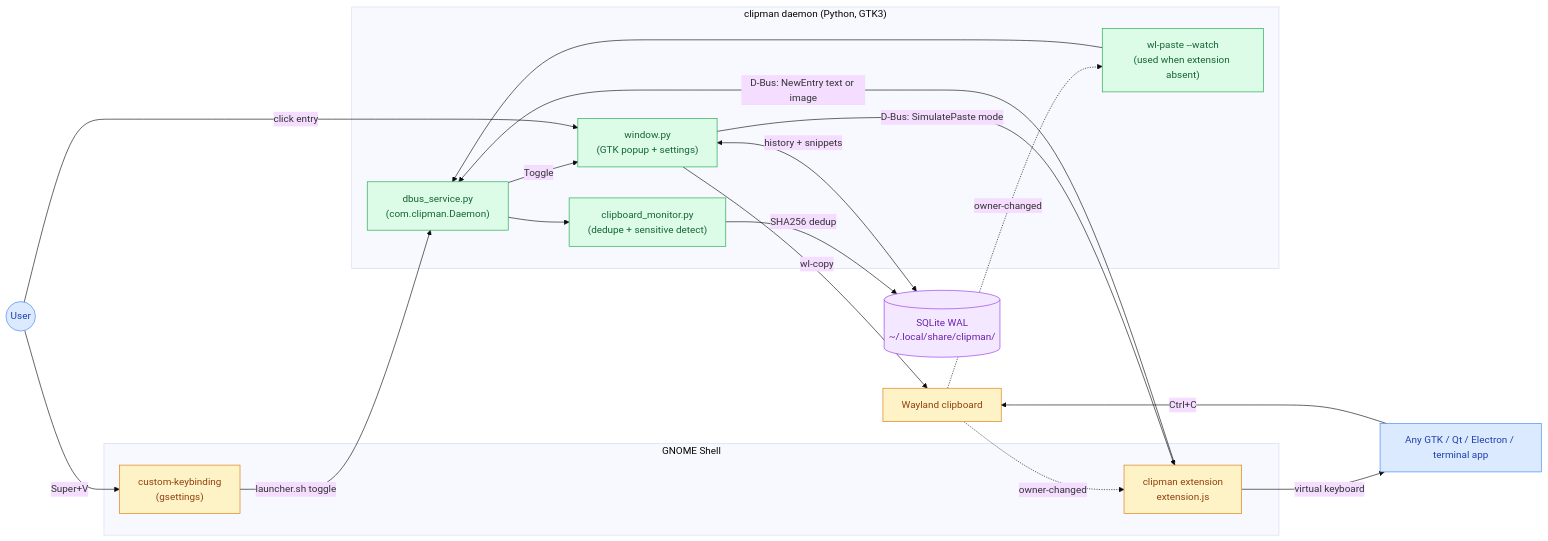
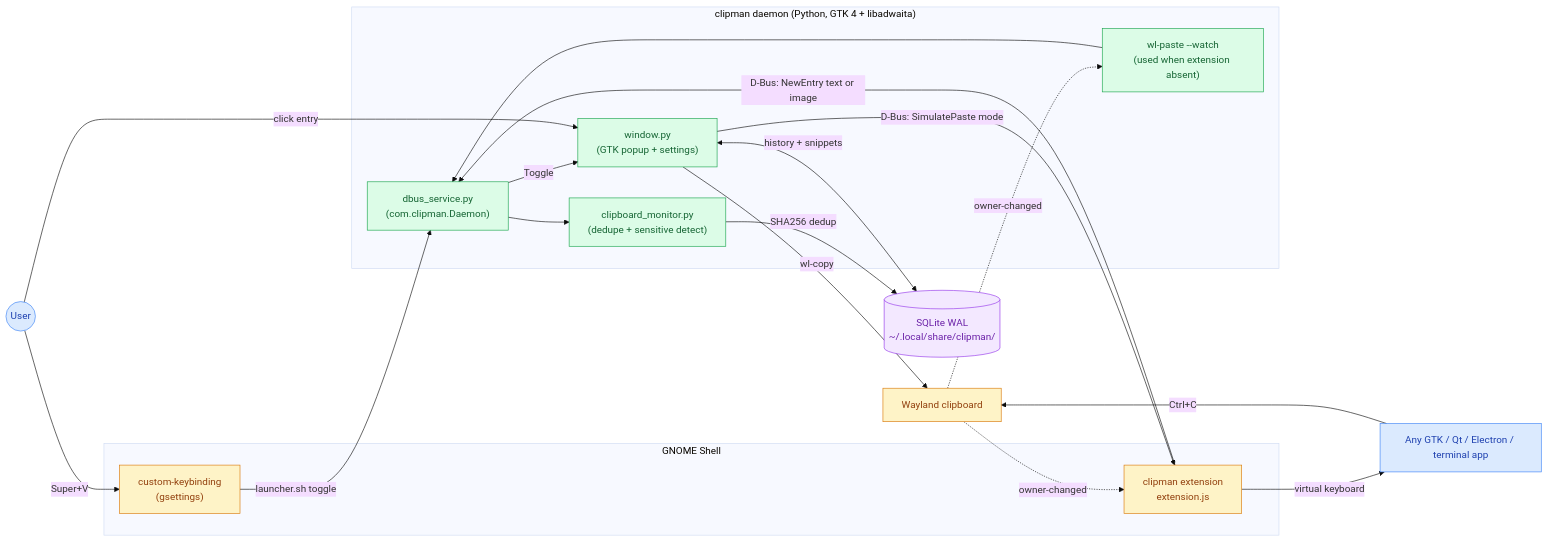
The diagram in ARCHITECTURE.md (MohammedEl-sayedAhmed/clipman), drawn with Mermaid (base theme) before and after one commit. The commit also changed other lines of this file and 16 other files, not shown here.

````diff
--- a/ARCHITECTURE.md
+++ b/ARCHITECTURE.md
@@ -169,45 +187,45 @@
 ```mermaid
 flowchart LR
     classDef user fill:#dbeafe,stroke:#3b82f6,color:#1e40af
     classDef gshell fill:#fef3c7,stroke:#d97706,color:#92400e
     classDef daemon fill:#dcfce7,stroke:#16a34a,color:#166534
     classDef storage fill:#f3e8ff,stroke:#9333ea,color:#6b21a8
 
     User((User)):::user
     App["Any GTK / Qt / Electron / terminal app"]:::user
 
     subgraph SHELL ["GNOME Shell"]
         Ext["clipman extension<br/>extension.js"]:::gshell
         KB["custom-keybinding<br/>(gsettings)"]:::gshell
     end
 
     Clip["Wayland clipboard"]:::gshell
 
-    subgraph DAEMON ["clipman daemon (Python, GTK3)"]
+    subgraph DAEMON ["clipman daemon (Python, GTK 4 + libadwaita)"]
         DbusSvc["dbus_service.py<br/>(com.clipman.Daemon)"]:::daemon
         Monitor["clipboard_monitor.py<br/>(dedupe + sensitive detect)"]:::daemon
         Window["window.py<br/>(GTK popup + settings)"]:::daemon
         Fallback["wl-paste --watch<br/>(used when extension absent)"]:::daemon
     end
 
     DB[("SQLite WAL<br/>~/.local/share/clipman/")]:::storage
 
     App -->|Ctrl+C| Clip
     Clip -. owner-changed .-> Ext
     Clip -. owner-changed .-> Fallback
     Ext -->|D-Bus: NewEntry text or image| DbusSvc
     Fallback --> DbusSvc
 
     DbusSvc --> Monitor
     Monitor -->|SHA256 dedup| DB
 
     User -->|Super+V| KB
     KB -->|launcher.sh toggle| DbusSvc
     DbusSvc -->|Toggle| Window
     Window <-->|history + snippets| DB
 
     User -->|click entry| Window
     Window -->|wl-copy| Clip
     Window -->|D-Bus: SimulatePaste mode| Ext
     Ext -->|virtual keyboard| App
 ```
````
